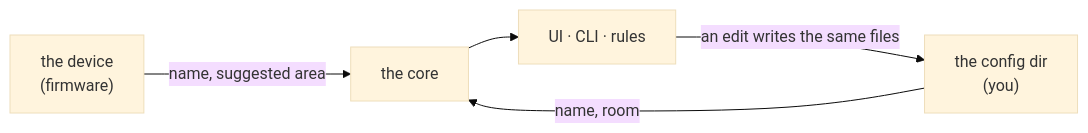
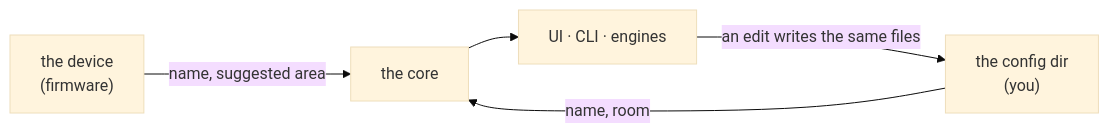
One commit to nicosandller/irori_os changed the diagram in docs/specs/config.md. Above: the diagram before and after it, drawn with Mermaid (base theme). The commit also changed other lines of this file and 26 other files, not shown here.

````diff
--- a/docs/specs/config.md
+++ b/docs/specs/config.md
@@ -20,7 +20,7 @@
 ```mermaid
 flowchart LR
     device["the device<br/>(firmware)"] -->|name, suggested area| core
     config["the config dir<br/>(you)"] -->|name, room| core
-    core["the core"] --> ui["UI · CLI · rules"]
+    core["the core"] --> ui["UI · CLI · engines"]
     ui -->|"an edit writes the same files"| config
 ```
````
